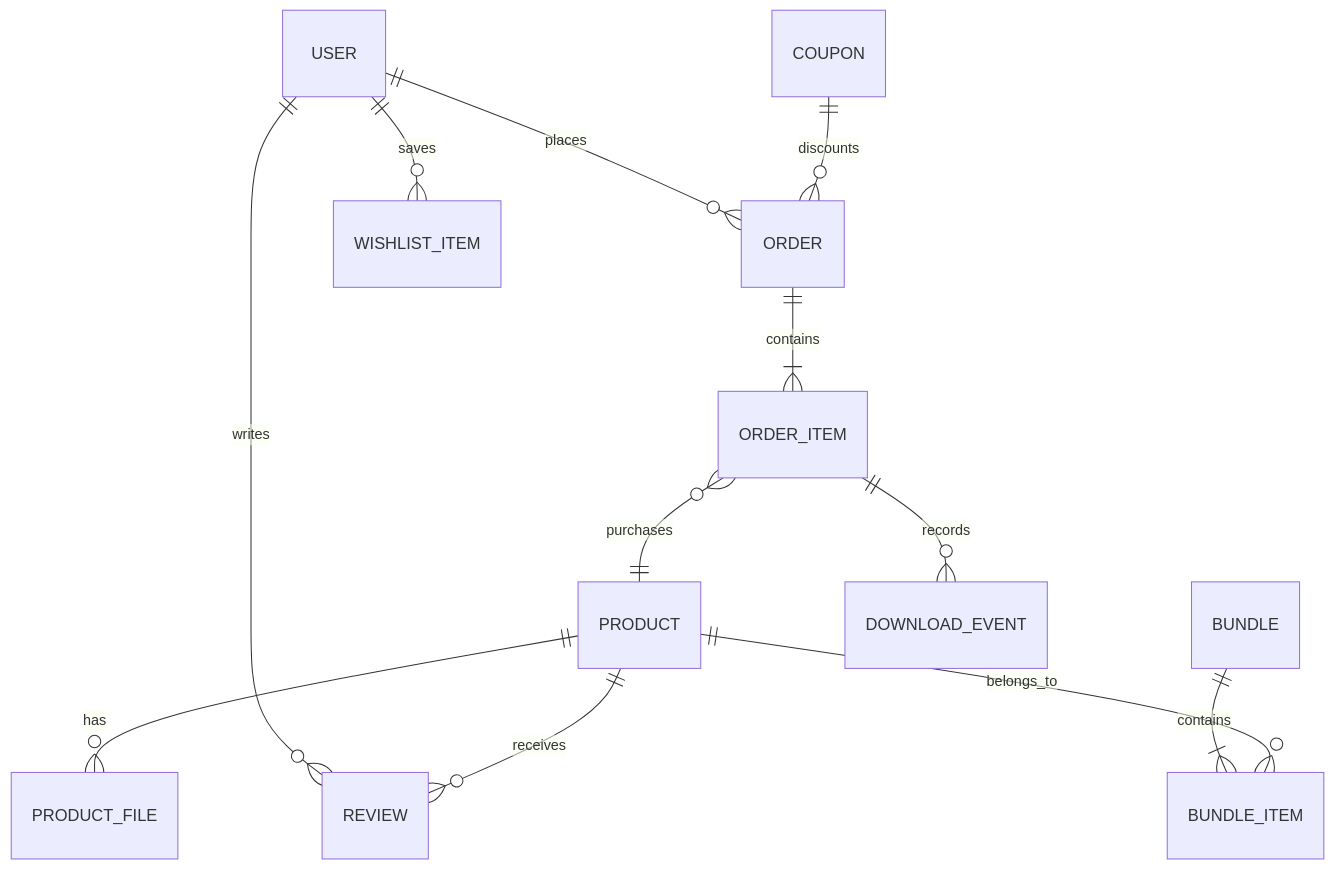
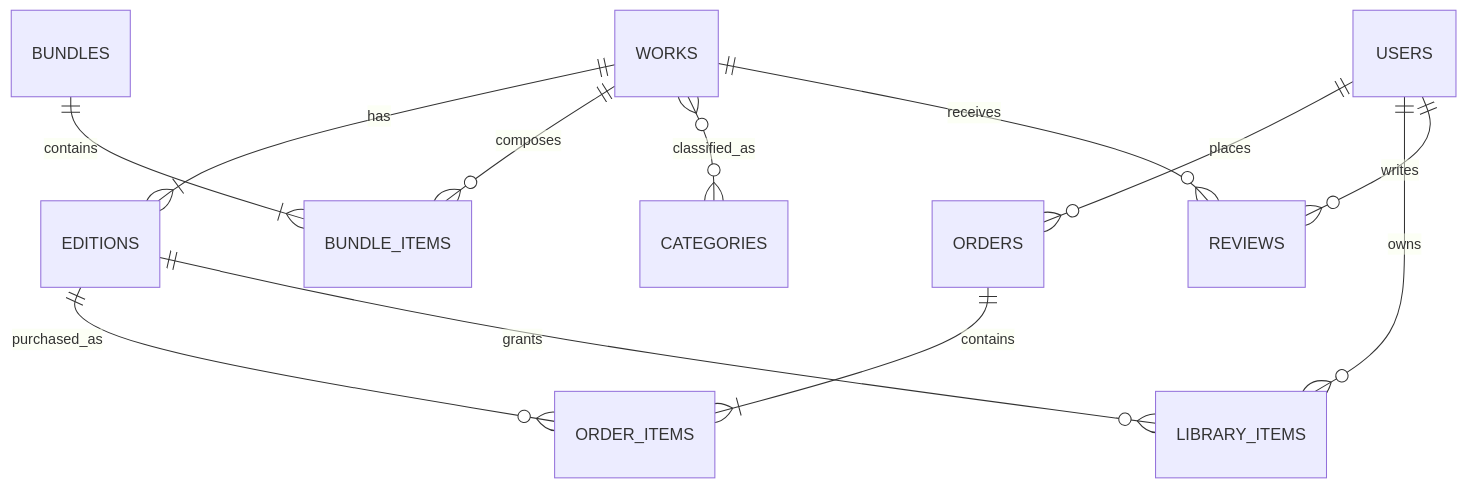
Before and after one commit to FelipePaterni/Lumina: the second of 3 diagrams in README.md, drawn with Mermaid. The commit also changed other lines of this file and 18 other files, not shown here.

````diff
--- a/README.md
+++ b/README.md
@@ -106,14 +155,14 @@
 ```mermaid
 erDiagram
-  USER ||--o{ ORDER : places
-  USER ||--o{ WISHLIST_ITEM : saves
-  USER ||--o{ REVIEW : writes
-  ORDER ||--|{ ORDER_ITEM : contains
-  ORDER_ITEM }o--|| PRODUCT : purchases
-  PRODUCT ||--o{ PRODUCT_FILE : has
-  PRODUCT ||--o{ REVIEW : receives
-  BUNDLE ||--|{ BUNDLE_ITEM : contains
-  PRODUCT ||--o{ BUNDLE_ITEM : belongs_to
-  ORDER_ITEM ||--o{ DOWNLOAD_EVENT : records
-  COUPON ||--o{ ORDER : discounts
+  USERS ||--o{ ORDERS : places
+  ORDERS ||--|{ ORDER_ITEMS : contains
+  WORKS ||--|{ EDITIONS : has
+  EDITIONS ||--o{ ORDER_ITEMS : purchased_as
+  USERS ||--o{ LIBRARY_ITEMS : owns
+  EDITIONS ||--o{ LIBRARY_ITEMS : grants
+  BUNDLES ||--|{ BUNDLE_ITEMS : contains
+  WORKS ||--o{ BUNDLE_ITEMS : composes
+  WORKS }o--o{ CATEGORIES : classified_as
+  USERS ||--o{ REVIEWS : writes
+  WORKS ||--o{ REVIEWS : receives
 ```
````
